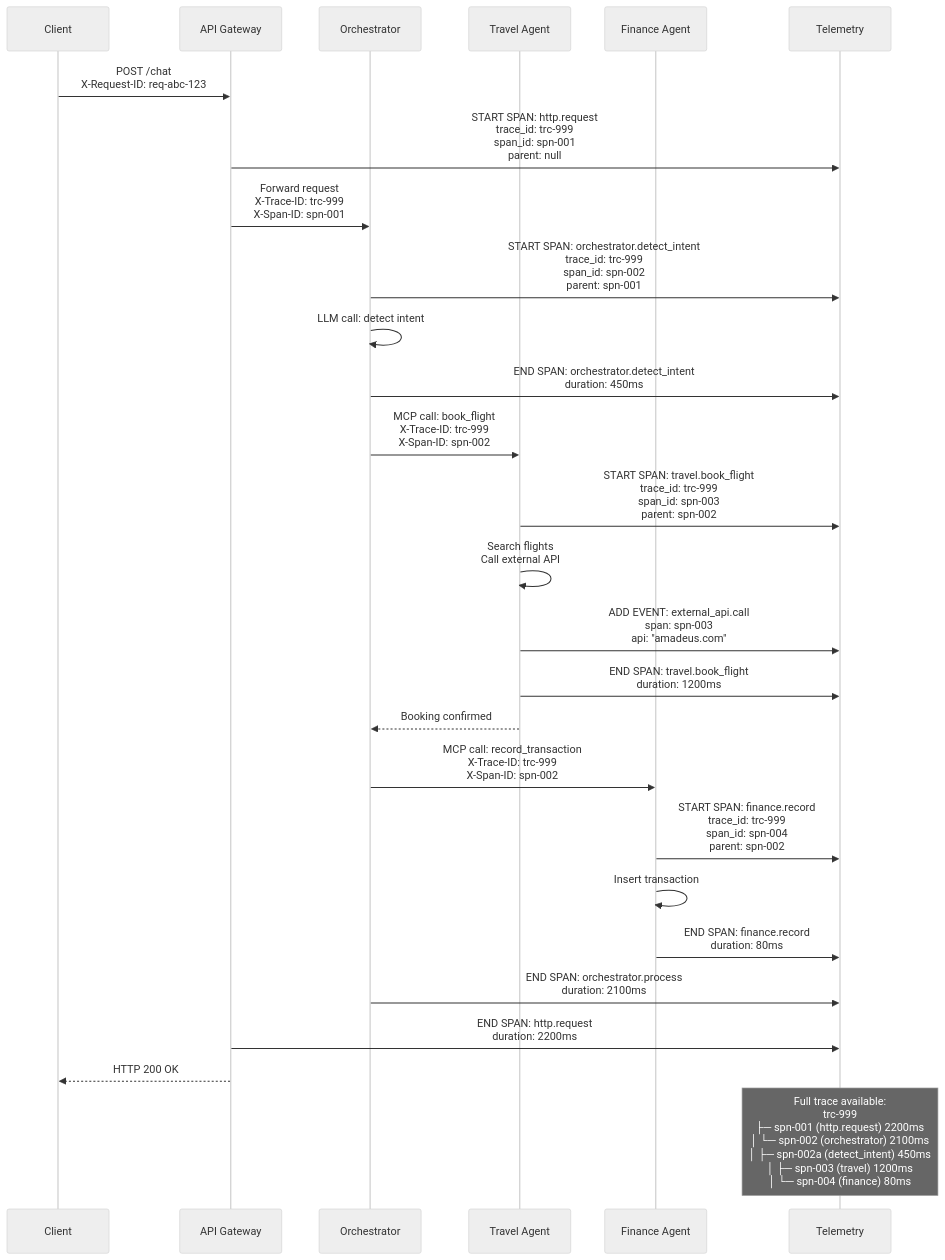
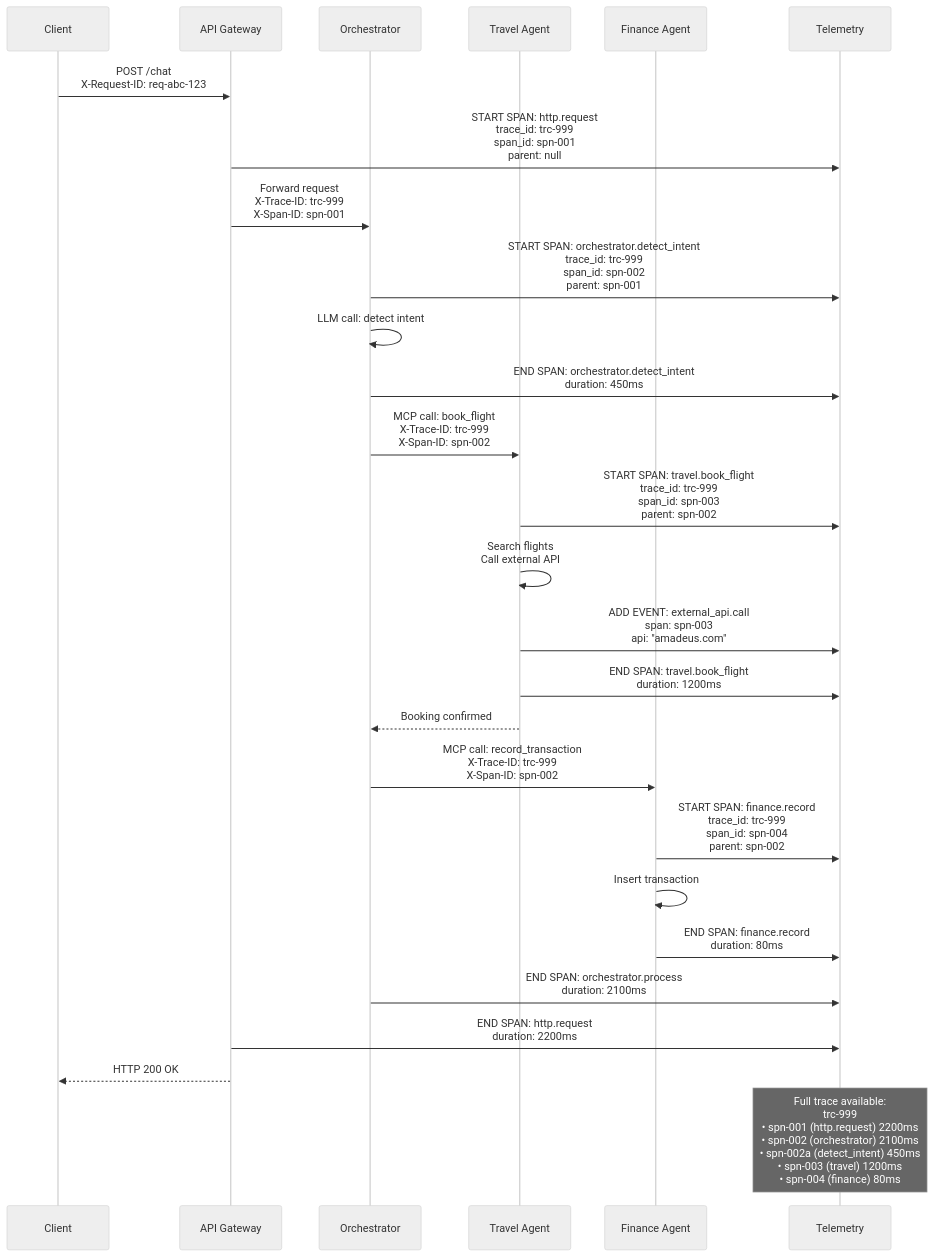
One commit to y-core-engineering/fidus changed diagram 36 of 41 in docs/solution-architecture/05-data-flows.md. Above: the diagram before and after it, drawn with Mermaid (neutral theme). The commit also changed other lines of this file and 47 other files, not shown here.

First line of the commit message:
docs: update solution architecture to v3.0 with entity-relationship model (#75)

````diff
--- a/docs/solution-architecture/05-data-flows.md
+++ b/docs/solution-architecture/05-data-flows.md
@@ -2174,49 +2568,49 @@
 ```mermaid
 sequenceDiagram
     participant Client
     participant API Gateway
     participant Orchestrator
     participant Travel Agent
     participant Finance Agent
     participant Telemetry
 
     Client->>API Gateway: POST /chat<br/>X-Request-ID: req-abc-123
 
     API Gateway->>Telemetry: START SPAN: http.request<br/>trace_id: trc-999<br/>span_id: spn-001<br/>parent: null
 
     API Gateway->>Orchestrator: Forward request<br/>X-Trace-ID: trc-999<br/>X-Span-ID: spn-001
 
     Orchestrator->>Telemetry: START SPAN: orchestrator.detect_intent<br/>trace_id: trc-999<br/>span_id: spn-002<br/>parent: spn-001
 
     Orchestrator->>Orchestrator: LLM call: detect intent
 
     Orchestrator->>Telemetry: END SPAN: orchestrator.detect_intent<br/>duration: 450ms
 
     Orchestrator->>Travel Agent: MCP call: book_flight<br/>X-Trace-ID: trc-999<br/>X-Span-ID: spn-002
 
     Travel Agent->>Telemetry: START SPAN: travel.book_flight<br/>trace_id: trc-999<br/>span_id: spn-003<br/>parent: spn-002
 
     Travel Agent->>Travel Agent: Search flights<br/>Call external API
 
     Travel Agent->>Telemetry: ADD EVENT: external_api.call<br/>span: spn-003<br/>api: "amadeus.com"
 
     Travel Agent->>Telemetry: END SPAN: travel.book_flight<br/>duration: 1200ms
 
     Travel Agent-->>Orchestrator: Booking confirmed
 
     Orchestrator->>Finance Agent: MCP call: record_transaction<br/>X-Trace-ID: trc-999<br/>X-Span-ID: spn-002
 
     Finance Agent->>Telemetry: START SPAN: finance.record<br/>trace_id: trc-999<br/>span_id: spn-004<br/>parent: spn-002
 
     Finance Agent->>Finance Agent: Insert transaction
 
     Finance Agent->>Telemetry: END SPAN: finance.record<br/>duration: 80ms
 
     Orchestrator->>Telemetry: END SPAN: orchestrator.process<br/>duration: 2100ms
 
     API Gateway->>Telemetry: END SPAN: http.request<br/>duration: 2200ms
 
     API Gateway-->>Client: HTTP 200 OK
 
-    Note over Telemetry: Full trace available:<br/>trc-999<br/>├─ spn-001 (http.request) 2200ms<br/>│  └─ spn-002 (orchestrator) 2100ms<br/>│     ├─ spn-002a (detect_intent) 450ms<br/>│     ├─ spn-003 (travel) 1200ms<br/>│     └─ spn-004 (finance) 80ms
+    Note over Telemetry: Full trace available:<br/>trc-999<br/>• spn-001 (http.request) 2200ms<br/>  • spn-002 (orchestrator) 2100ms<br/>    • spn-002a (detect_intent) 450ms<br/>    • spn-003 (travel) 1200ms<br/>    • spn-004 (finance) 80ms
 ```
````
